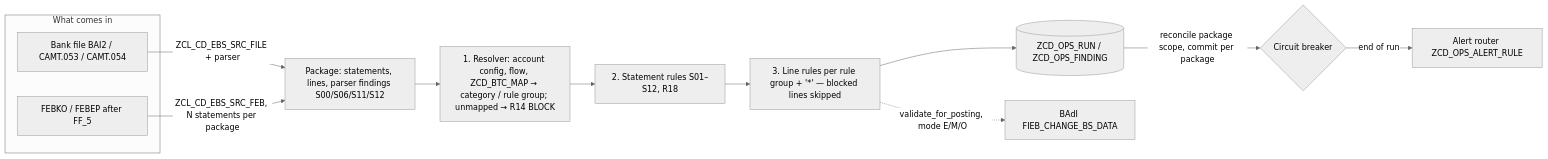
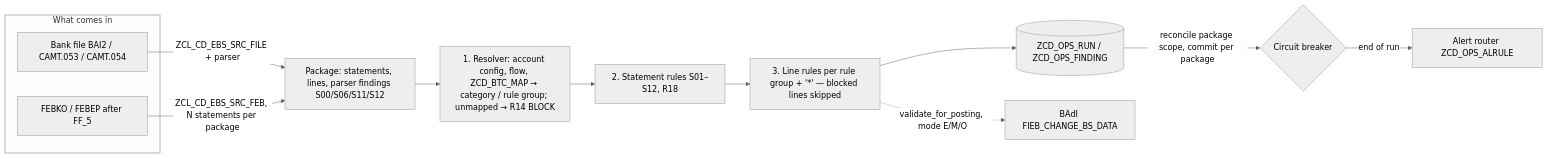
Before and after one commit to jaideep247/bai: the diagram in ops-suite/docs/EBS_VALIDATION.md, drawn with Mermaid (neutral theme). The commit also changed 48 other files, not shown here.

````diff
--- a/ops-suite/docs/EBS_VALIDATION.md
+++ b/ops-suite/docs/EBS_VALIDATION.md
@@ -124,16 +124,16 @@
 ```mermaid
 flowchart LR
   subgraph IN[What comes in]
     F[Bank file BAI2 / CAMT.053 / CAMT.054]
     I[FEBKO / FEBEP after FF_5]
   end
   F -->|ZCL_CD_EBS_SRC_FILE + parser| P[Package: statements, lines, parser findings S00/S06/S11/S12]
   I -->|ZCL_CD_EBS_SRC_FEB, N statements per package| P
   P --> E1[1. Resolver: account config, flow, ZCD_BTC_MAP → category / rule group; unmapped → R14 BLOCK]
   E1 --> E2[2. Statement rules S01–S12, R18]
   E2 --> E3[3. Line rules per rule group + '*' — blocked lines skipped]
   E3 --> ST[(ZCD_OPS_RUN / ZCD_OPS_FINDING)]
   ST -->|reconcile package scope, commit per package| CB{Circuit breaker}
-  CB -->|end of run| AL[Alert router ZCD_OPS_ALERT_RULE]
+  CB -->|end of run| AL[Alert router ZCD_OPS_ALRULE]
   E3 -.->|validate_for_posting, mode E/M/O| BADI[BAdI FIEB_CHANGE_BS_DATA]
 ```
````
